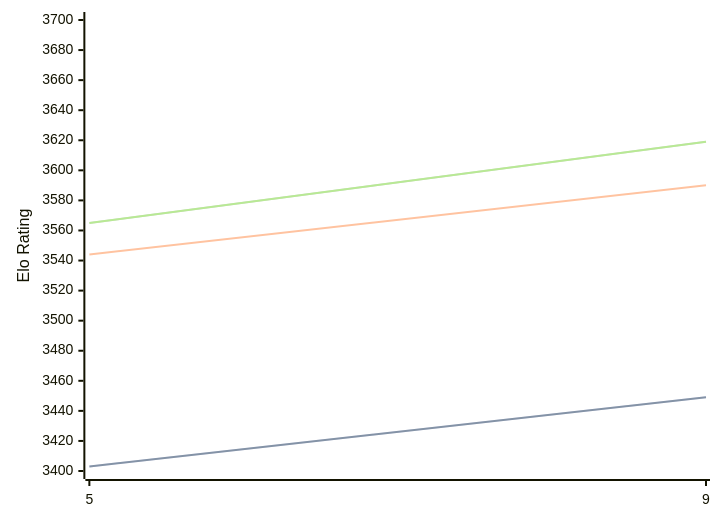
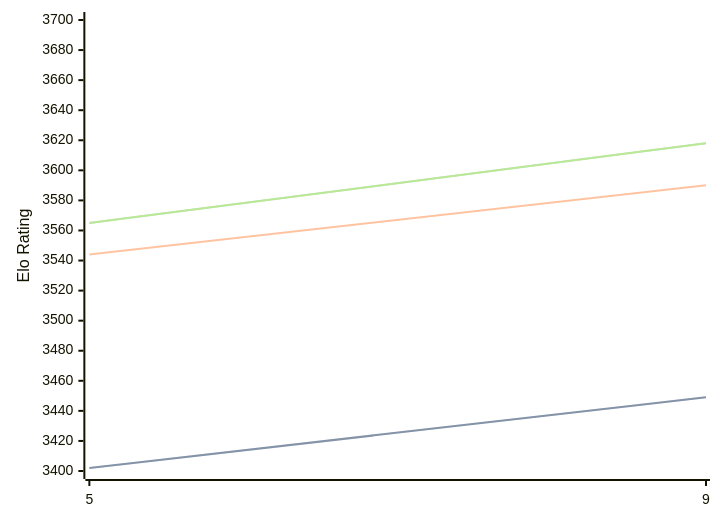
The diagram in engines/Crystal.md (computer-chess-index/cci), drawn with Mermaid before and after one commit. The commit also changed other lines of this file, not shown here.

Commit message:
Update CCI Ratings (ELO VLTC) - 2026-04-06

````diff
--- a/engines/Crystal.md
+++ b/engines/Crystal.md
@@ -60,11 +60,11 @@
 ```mermaid
 %%{init: {"theme":"base","themeVariables":{"seriesColors:['#a3a3a3','#222221','#faa371']}}}%%
 xychart-beta
   x-axis ["5", "9"]
   y-axis "Elo Rating" 3400 --> 3700
-  line "STC (8.0+0.08s)" [3403, 3449]
-  line "STC (8.0+0.08s)" [3403, 3449]
+  line "STC (8.0+0.08s)" [3402, 3449]
+  line "STC (8.0+0.08s)" [3402, 3449]
   line "LTC (60.0+0.60s)" [3544, 3590]
-  line "VLTC (2m24s+1.12s)" [3565, 3619]
-  line "VLTC (2m24s+1.12s)" [3565, 3619]
+  line "VLTC (2m24s+1.12s)" [3565, 3618]
+  line "VLTC (2m24s+1.12s)" [3565, 3618]
 ```
````
